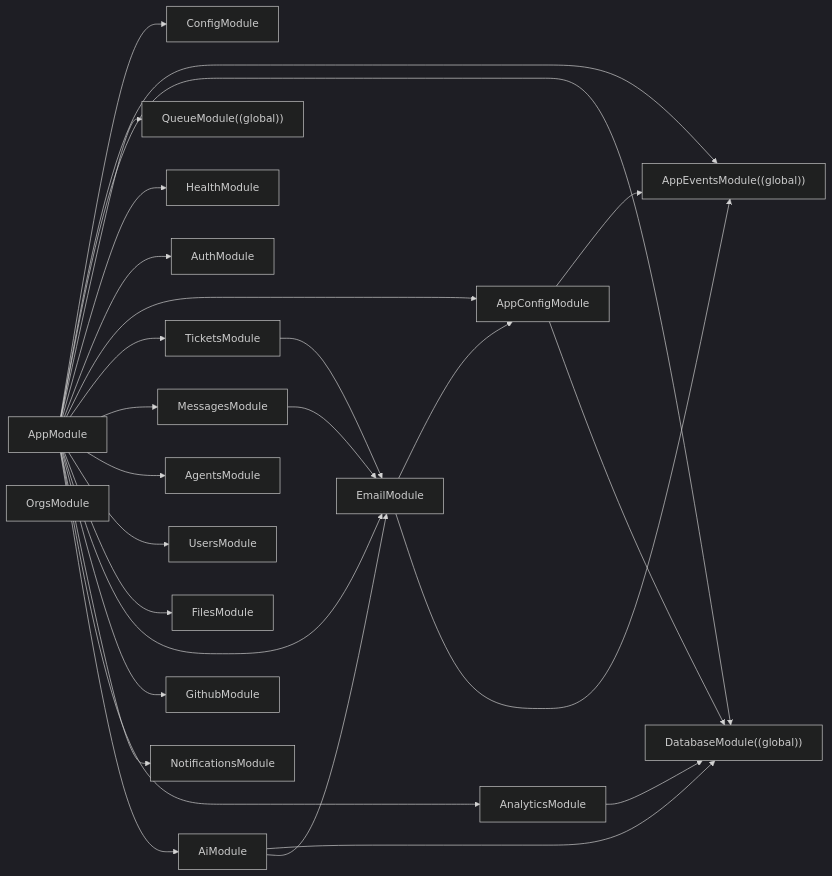
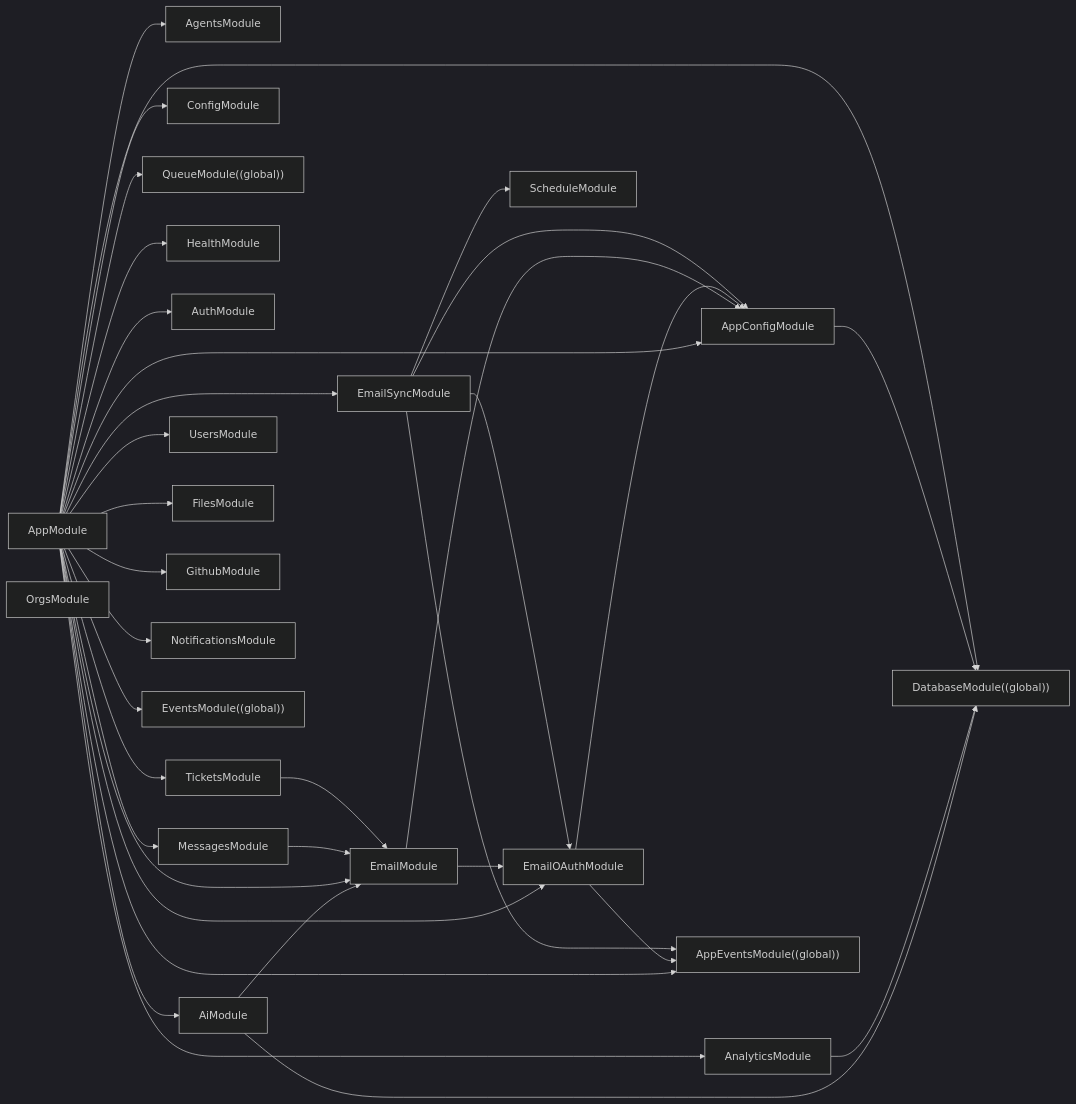
One commit to Vignesh-Siva96/tmr_athena changed the diagram in docs/atlas/_generated/module-graph.md. Above: the diagram before and after it, drawn with Mermaid (dark theme). The commit also changed other lines of this file and 74 other files, not shown here.

````diff
--- a/docs/atlas/_generated/module-graph.md
+++ b/docs/atlas/_generated/module-graph.md
@@ -9,40 +9,49 @@
 ```mermaid
 flowchart LR
   AgentsModule["AgentsModule"]
   AiModule --> DatabaseModule
   AiModule --> EmailModule
   AnalyticsModule --> DatabaseModule
-  AppConfigModule --> AppEventsModule
   AppConfigModule --> DatabaseModule
   AppEventsModule["AppEventsModule((global))"]
   AppModule --> ConfigModule
   AppModule --> AppEventsModule
   AppModule --> DatabaseModule
   AppModule --> QueueModule
   AppModule --> HealthModule
   AppModule --> AuthModule
   AppModule --> AppConfigModule
   AppModule --> TicketsModule
   AppModule --> MessagesModule
   AppModule --> AgentsModule
   AppModule --> UsersModule
   AppModule --> FilesModule
   AppModule --> EmailModule
+  AppModule --> EmailOAuthModule
   AppModule --> GithubModule
   AppModule --> NotificationsModule
   AppModule --> AnalyticsModule
   AppModule --> AiModule
+  AppModule --> EmailSyncModule
+  AppModule --> EventsModule
   AuthModule["AuthModule"]
   DatabaseModule["DatabaseModule((global))"]
   EmailModule --> AppConfigModule
-  EmailModule --> AppEventsModule
+  EmailModule --> EmailOAuthModule
+  EmailOAuthModule --> AppConfigModule
+  EmailOAuthModule --> AppEventsModule
+  EmailSyncModule --> AppConfigModule
+  EmailSyncModule --> EmailOAuthModule
+  EmailSyncModule --> AppEventsModule
+  EmailSyncModule --> ScheduleModule
+  EventsModule["EventsModule((global))"]
   FilesModule["FilesModule"]
   GithubModule["GithubModule"]
   HealthModule["HealthModule"]
   MessagesModule --> EmailModule
   NotificationsModule["NotificationsModule"]
   OrgsModule["OrgsModule"]
   QueueModule["QueueModule((global))"]
   TicketsModule --> EmailModule
   UsersModule["UsersModule"]
 ```
````
